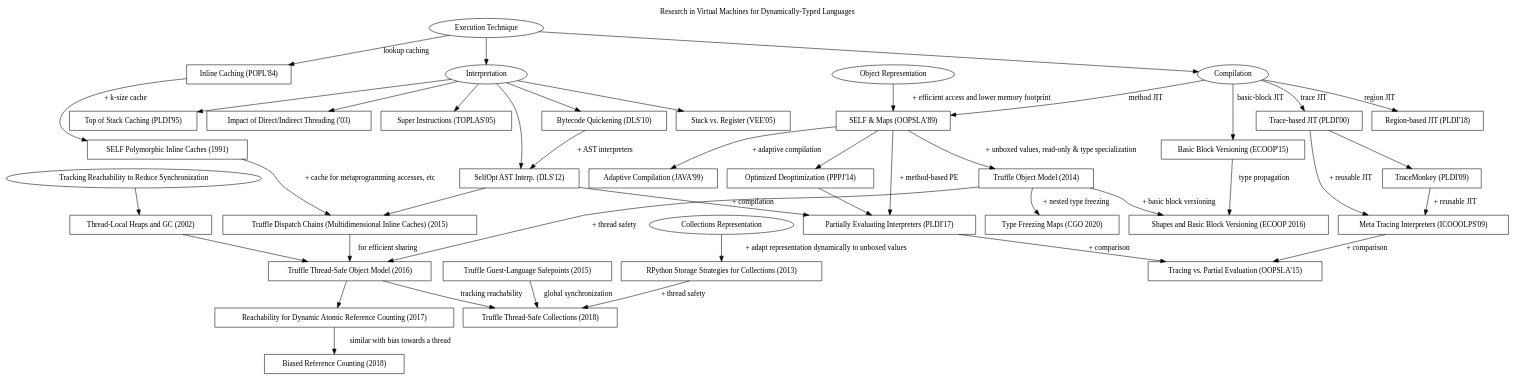
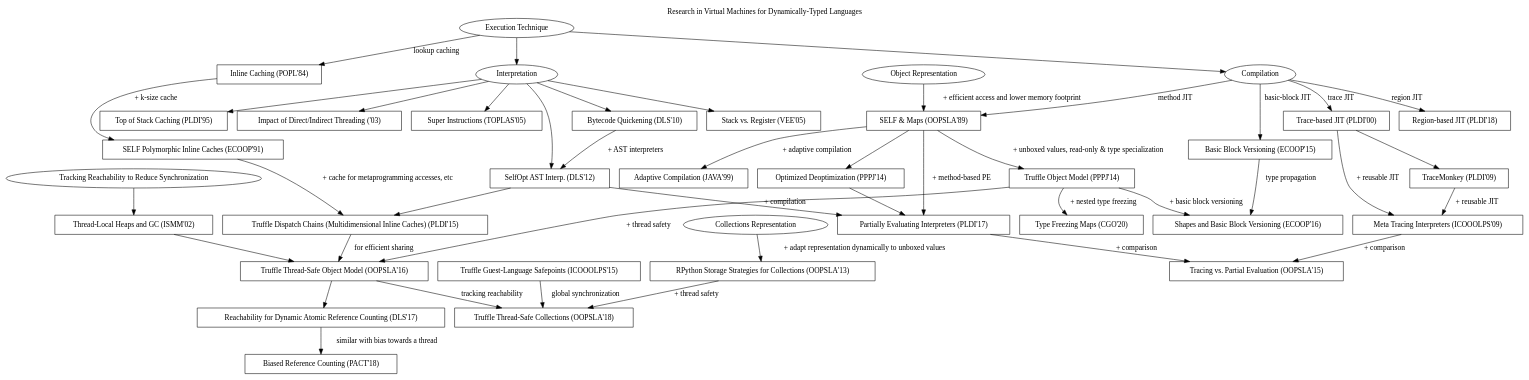
The diagram in graph.dot (eregon/virtual-machines-research-graph), drawn with Graphviz before and after one commit.

Commit message:
Mention conference for all papers and use the CONF'YY notation

```diff
--- a/graph.dot
+++ b/graph.dot
@@ -1,170 +1,170 @@
 digraph G {
   label = "Research in Virtual Machines for Dynamically-Typed Languages"
   labelloc = "t"
   node [shape = "box"]
 
   # Nodes
-  pic [label = "SELF Polymorphic Inline Caches (1991)",
+  pic [label = "SELF Polymorphic Inline Caches (ECOOP'91)",
        tooltip = "Optimizing Dynamically-Typed Object-Oriented Languages With Polymorphic Inline Caches",
        URL = "http://bibliography.selflanguage.org/_static/pics.pdf"]
-  mpic [label = "Truffle Dispatch Chains (Multidimensional Inline Caches) (2015)",
+  mpic [label = "Truffle Dispatch Chains (Multidimensional Inline Caches) (PLDI'15)",
         tooltip = "Zero-Overhead Metaprogramming; Reflection and Metaobject Protocols Fast and without Compromises",
         URL = "https://stefan-marr.de/downloads/pldi15-marr-et-al-zero-overhead-metaprogramming.pdf"]
 
   om [label = "Object Representation", shape="oval"]
   maps [label = "SELF & Maps (OOPSLA'89)",
         tooltip = "An Efficient Implementation of SELF a Dynamically-Typed Object-Oriented Language Based on Prototypes",
         URL = "http://www.selflanguage.org/_static/published/implementation.pdf"]
-  tosm [label = "Truffle Object Model (2014)",
+  tosm [label = "Truffle Object Model (PPPJ'14)",
         tooltip = "An Object Storage Model for the Truffle Language Implementation Framework",
         URL = "https://chrisseaton.com/rubytruffle/pppj14-om/pppj14-om.pdf"]
-  tso [label = "Truffle Thread-Safe Object Model (2016)",
+  tso [label = "Truffle Thread-Safe Object Model (OOPSLA'16)",
        tooltip = "Efficient and Thread-Safe Objects for Dynamically-Typed Languages",
        URL = "https://eregon.me/blog/assets/research/thread-safe-objects.pdf"]
 
-  glsp [label = "Truffle Guest-Language Safepoints (2015)",
+  glsp [label = "Truffle Guest-Language Safepoints (ICOOOLPS'15)",
         tooltip = "Techniques and Applications for Guest-Language Safepoints",
         URL = "https://eregon.me/blog/assets/research/guest-language-safepoints.pdf"]
 
-  freezing [label = "Type Freezing Maps (CGO 2020)",
+  freezing [label = "Type Freezing Maps (CGO'20)",
             tooltip = "Type Freezing: Exploiting Attribute Type Monomorphism in Tracing JIT Compilers",
             URL = "https://doi.org/10.1145/3368826.3377907"]
-  shapesAndBBV [label = "Shapes and Basic Block Versioning (ECOOP 2016)",
+  shapesAndBBV [label = "Shapes and Basic Block Versioning (ECOOP'16)",
                 tooltip = "Interprocedural Type Specialization of JavaScript Programs Without Type Analysis",
                 URL = "https://drops.dagstuhl.de/opus/volltexte/2016/6101/pdf/LIPIcs-ECOOP-2016-7.pdf"]
 
   collections [label = "Collections Representation", shape="oval"]
-  ss [label = "RPython Storage Strategies for Collections (2013)",
+  ss [label = "RPython Storage Strategies for Collections (OOPSLA'13)",
       tooltip = "Storage Strategies for Collections in Dynamically Typed Languages",
       URL = "https://tratt.net/laurie/research/pubs/html/bolz_diekmann_tratt__storage_strategies_for_collections_in_dynamically_typed_languages/"]
-  tsc [label = "Truffle Thread-Safe Collections (2018)",
+  tsc [label = "Truffle Thread-Safe Collections (OOPSLA'18)",
        tooltip = "Parallelization of Dynamic Languages: Synchronizing Built-in Collections",
        URL = "https://eregon.me/blog/assets/research/thread-safe-collections.pdf"]
 
   reachability [label = "Tracking Reachability to Reduce Synchronization", shape="oval"]
-  domani [label = "Thread-Local Heaps and GC (2002)",
+  domani [label = "Thread-Local Heaps and GC (ISMM'02)",
           tooltip = "Thread-Local Heaps for Java",
           URL = "http://citeseerx.ist.psu.edu/viewdoc/download?doi=10.1.1.63.5846&amp;rep=rep1&amp;type=pdf"]
-  rarc [label = "Reachability for Dynamic Atomic Reference Counting (2017)",
+  rarc [label = "Reachability for Dynamic Atomic Reference Counting (DLS'17)",
         tooltip = "Dynamic Atomicity: Optimizing Swift Memory Management",
         URL = "https://dl.acm.org/doi/10.1145/3133841.3133843"]
-  brc [label = "Biased Reference Counting (2018)",
+  brc [label = "Biased Reference Counting (PACT'18)",
        tooltip = "Biased Reference Counting: Minimizing Atomic Operations in Garbage Collection",
        URL = "https://iacoma.cs.uiuc.edu/iacoma-papers/pact18.pdf"]
 
   exe [label = "Execution Technique", shape="oval"]
   interp [label = "Interpretation", shape="oval"]
   compilation [label = "Compilation", shape="oval"]
   stackVsReg [label = "Stack vs. Register (VEE'05)",
        tooltip = "Virtual Machine Showdown: Stack Versus Registers",
        URL = "https://www.usenix.org/legacy/events%2Fvee05%2Ffull_papers/p153-yunhe.pdf"]
   topOfStack [label = "Top of Stack Caching (PLDI'95)",
        tooltip = "Stack Caching for Interpreters",
        URL = "http://www2.cs.arizona.edu/~collberg/Teaching/553/2011/Resources/ertl94sc.pdf"]
   directIndirect [label = "Impact of Direct/Indirect Threading ('03)",
        tooltip = "The Structure and Performance of Efficient Interpreters",
        URL = "https://www.jilp.org/vol5/v5paper12.pdf"]
   selfOptAst [label = "SelfOpt AST Interp. (DLS'12)",
        tooltip = "Self-Optimizing AST Interpreters",
        URL = "http://lafo.ssw.uni-linz.ac.at/papers/2012_DLS_SelfOptimizingASTInterpreters.pdf"]
   superInstructions [label = "Super Instructions (TOPLAS'05)",
        tooltip = "Optimizing Indirect Branch Prediction Accuracy in Virtual Machine Interpreters",
        URL = "https://www.scss.tcd.ie/David.Gregg/papers/toplas05.pdf"]
   quickening [label = "Bytecode Quickening (DLS'10)",
        tooltip = "Efficient Interpretation Using Quickening",
        URL = "https://publications.sba-research.org/publications/dls10.pdf"]
 
   inlineCaching [label = "Inline Caching (POPL'84)",
        tooltip = "Efficient Implementation of the Smalltalk-80 System",
        URL = "http://web.cs.ucla.edu/~palsberg/course/cs232/papers/DeutschSchiffman-popl84.pdf"]
 
 
   adaptiveJit [label = "Adaptive Compilation (JAVA'99)",
        tooltip = "The Jalapeño Dynamic Optimizing Compiler for Java",
        URL = "https://pdfs.semanticscholar.org/8738/ba4b09cac68ad1ab7d036a6d5e40a17ee2c7.pdf"]
 
   regionBased [label = "Region-based JIT (PLDI'18)",
        tooltip = "HHVM JIT: A Profile-guided, Region-based Compiler for PHP and Hack",
        URL = "https://research.fb.com/wp-content/uploads/2018/04/hhvm-jit-a-profile-guided-region-based-compiler-for-php-and-hack.pdf"]
   traceBased [label = "Trace-based JIT (PLDI'00)",
        tooltip = "Dynamo: A Transparent Dynamic Optimization System",
        URL = "https://www.complang.tuwien.ac.at/andi/bala.pdf"]
   traceMonkey [label = "TraceMonkey (PLDI'09)",
        tooltip = "Trace-based Just-in-time Type Specialization for Dynamic Languages",
        URL = "http://dept.cs.williams.edu/~freund/cs434/gal-trace.pdf"]
 
 
   basicBlockVersioning [label = "Basic Block Versioning (ECOOP'15)",
        tooltip = "Simple and Effective Type Check Removal through Lazy Basic Block Versioning",
        URL = "https://drops.dagstuhl.de/opus/volltexte/2015/5219/pdf/9.pdf"]
 
 
 
 metaTracing [label = "Meta Tracing Interpreters (ICOOOLPS'09)",
        tooltip = "Tracing the Meta-level: PyPy's Tracing JIT Compiler",
        URL = "https://citeseerx.ist.psu.edu/viewdoc/download?doi=10.1.1.1023.9117&amp;rep=rep1&amp;type=pdf"]
 partialEvaluation [label = "Partially Evaluating Interpreters (PLDI'17)",
        tooltip = "Practical Partial Evaluation for High-performance Dynamic Language Runtimes",
        URL = "https://chrisseaton.com/rubytruffle/pldi17-truffle/pldi17-truffle.pdf"]
 MTvsPE [label = "Tracing vs. Partial Evaluation (OOPSLA'15)",
        tooltip = "Tracing vs. Partial Evaluation: Comparing Meta-Compilation Approaches for Self-Optimizing Interpreters",
        URL = "http://stefan-marr.de/downloads/oopsla15-marr-ducasse-meta-tracing-vs-partial-evaluation.pdf"]
 optDeopt [label = "Optimized Deoptimization (PPPJ'14)",
        tooltip = "Speculation Without Regret: Reducing Deoptimization Meta-data in the Graal Compiler",
        URL = "http://www.ssw.uni-linz.ac.at/General/Staff/GD/PPPJ-2014-duboscq-29.pdf"]
 
 
   # Edges
   inlineCaching -> pic [label = "+ k-size cache"]
   pic -> mpic [label = "+ cache for metaprogramming accesses, etc"]
   mpic -> tso [label = "for efficient sharing"]
 
   om -> maps [label = "+ efficient access and lower memory footprint"]
   maps -> tosm [label = "+ unboxed values, read-only & type specialization"]
   tosm -> tso [label = "+ thread safety"]
   tosm -> shapesAndBBV [label = "+ basic block versioning"]
   tosm -> freezing [label = "+ nested type freezing"]
   tso -> rarc
   rarc -> brc [label = "similar with bias towards a thread"]
 
   reachability -> domani
   domani -> tso
 
   tso -> tsc [label = "tracking reachability"]
   glsp -> tsc [label = "global synchronization"]
   collections -> ss [label = "+ adapt representation dynamically to unboxed values"]
   ss -> tsc [label = "+ thread safety"]
 
   exe -> inlineCaching [label = "lookup caching"]
 
   exe -> interp
   interp -> directIndirect
   interp -> stackVsReg
   interp -> topOfStack
   interp -> superInstructions
   interp -> selfOptAst
   interp -> quickening
   quickening -> selfOptAst [label = "+ AST interpreters"]
   exe -> compilation
   compilation -> maps [label = "method JIT"]
   compilation -> regionBased [label = "region JIT"]
   compilation -> traceBased [label = "trace JIT"]
   compilation -> basicBlockVersioning [label = "basic-block JIT"]
   basicBlockVersioning -> shapesAndBBV [label = "type propagation"]
   traceBased -> traceMonkey
   maps -> adaptiveJit [label = "+ adaptive compilation"]
 
   traceBased -> metaTracing [label = "+ reusable JIT"]
   traceMonkey -> metaTracing [label = "+ reusable JIT"]
 
   maps -> partialEvaluation [label = "+ method-based PE"]
   selfOptAst -> partialEvaluation [label = "+ compilation"]
 
   selfOptAst -> mpic
 
   metaTracing -> MTvsPE [label = "+ comparison"]
   partialEvaluation -> MTvsPE [label = "+ comparison"]
 
   maps -> optDeopt
   optDeopt -> partialEvaluation
 }
```
